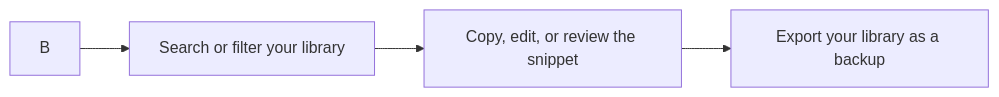
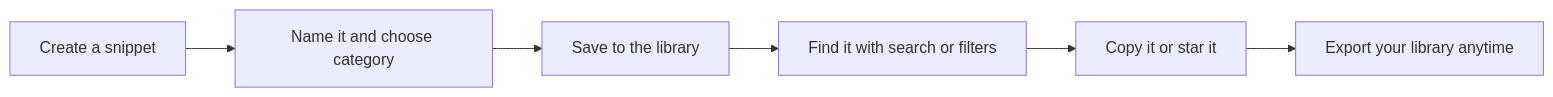
Before and after one commit to Mohita111/API2: the first of 2 diagrams in api2-documentation/plan_2026-11-02_f8890e/user-facing-docs/product-overview.md, drawn with Mermaid. The commit also changed other lines of this file and 13 other files, not shown here.

````diff
--- a/api2-documentation/plan_2026-11-02_f8890e/user-facing-docs/product-overview.md
+++ b/api2-documentation/plan_2026-11-02_f8890e/user-facing-docs/product-overview.md
@@ -24,6 +31,8 @@
 ```mermaid
 graph LR
-    B --> C[Search or filter your library]
-    C --> D["Copy, edit, or review the snippet"]
-    D --> E[Export your library as a backup]
+    A[Create a snippet] --> B[Name it and choose category]
+    B --> C[Save to the library]
+    C --> D[Find it with search or filters]
+    D --> E[Copy it or star it]
+    E --> F[Export your library anytime]
 ```
````
